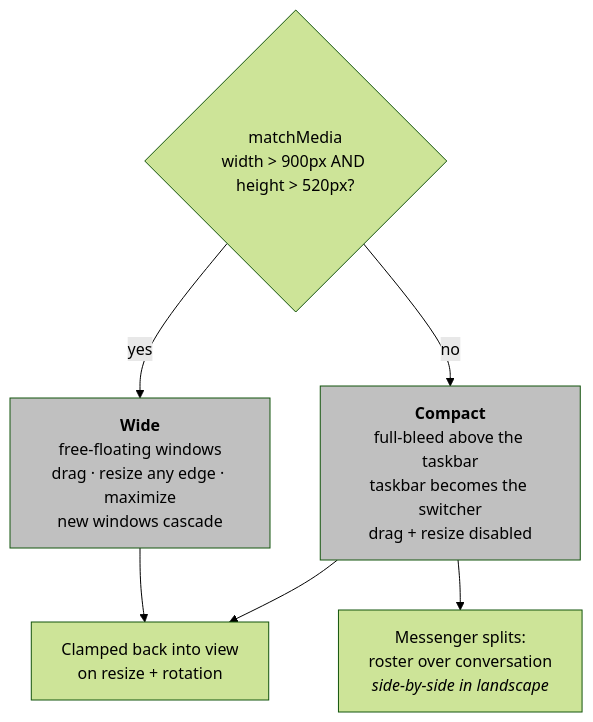
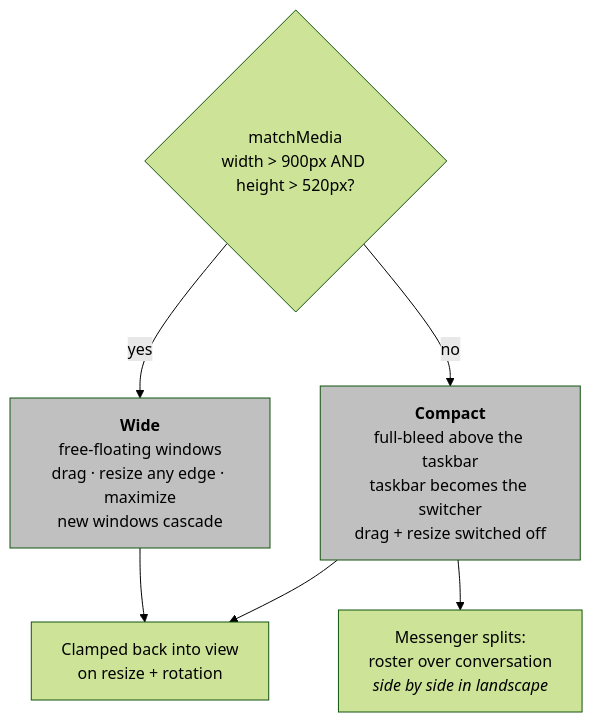
Before and after one commit to d4551/innovation-oxford: the third of 6 diagrams in README.md, drawn with Mermaid (forest theme). The commit also changed other lines of this file, not shown here.

````diff
--- a/README.md
+++ b/README.md
@@ -186,12 +183,12 @@
 ```mermaid
 flowchart TD
     R{"matchMedia<br/>width > 900px AND height > 520px?"}
     R -->|"yes"| W["<b>Wide</b><br/>free-floating windows<br/>drag · resize any edge · maximize<br/>new windows cascade"]
-    R -->|"no"| C["<b>Compact</b><br/>full-bleed above the taskbar<br/>taskbar becomes the switcher<br/>drag + resize disabled"]
-    C --> C2["Messenger splits:<br/>roster over conversation<br/><i>side-by-side in landscape</i>"]
+    R -->|"no"| C["<b>Compact</b><br/>full-bleed above the taskbar<br/>taskbar becomes the switcher<br/>drag + resize switched off"]
+    C --> C2["Messenger splits:<br/>roster over conversation<br/><i>side by side in landscape</i>"]
     W --> Z["Clamped back into view<br/>on resize + rotation"]
     C --> Z
 
     style W fill:#c0c0c0,color:#000
     style C fill:#c0c0c0,color:#000
 ```
````
